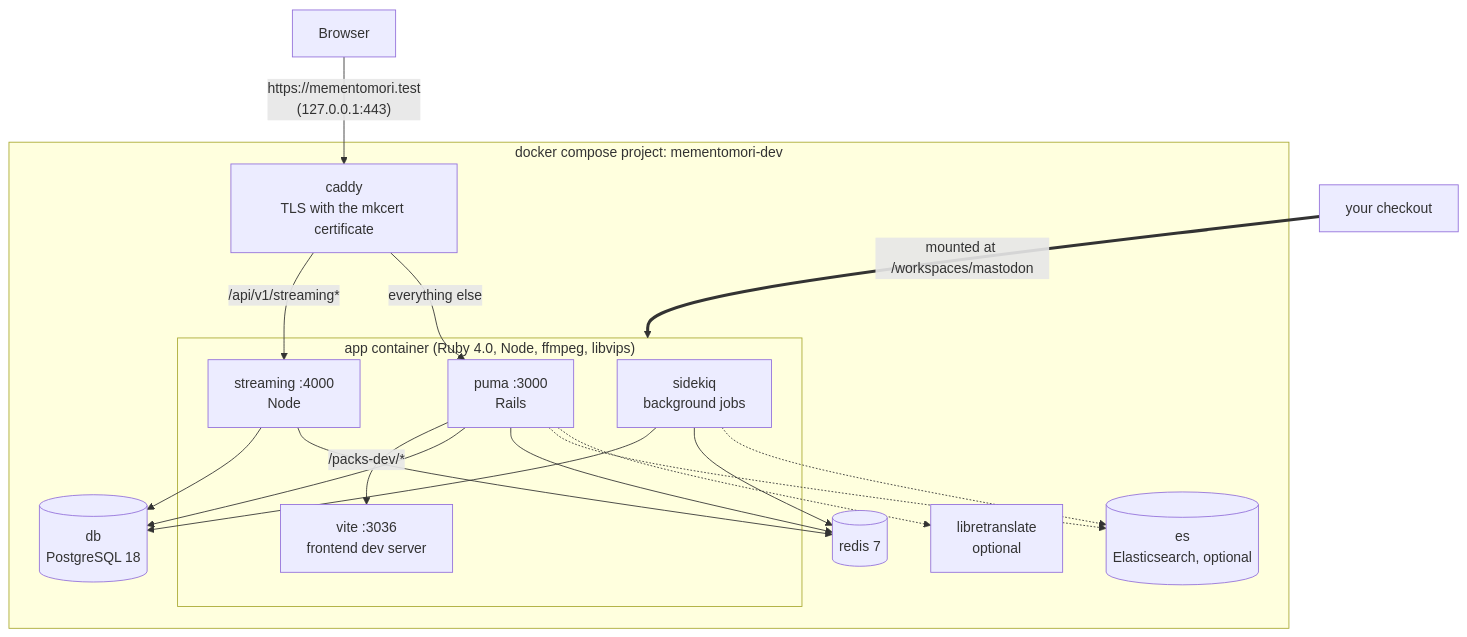
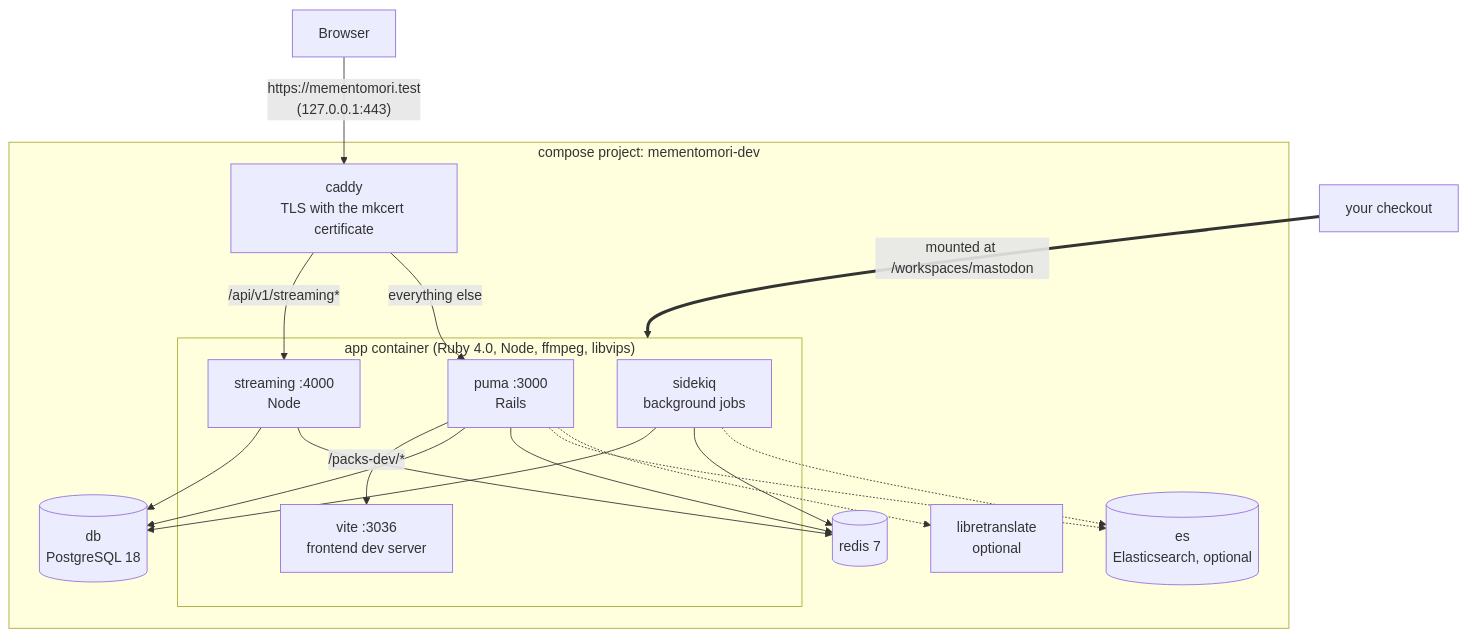
One commit to mementomori-social/mastodon changed the second of 4 diagrams in dev/README.md. Above: the diagram before and after it, drawn with Mermaid. The commit also changed other lines of this file and 4 other files, not shown here.

````diff
--- a/dev/README.md
+++ b/dev/README.md
@@ -34,29 +34,29 @@
 ```mermaid
 flowchart TB
   browser["Browser"] -- "https://mementomori.test<br/>(127.0.0.1:443)" --> caddy
 
-  subgraph docker["docker compose project: mementomori-dev"]
+  subgraph docker["compose project: mementomori-dev"]
     caddy["caddy<br/>TLS with the mkcert certificate"]
 
     subgraph app["app container (Ruby 4.0, Node, ffmpeg, libvips)"]
       web["puma :3000<br/>Rails"]
       stream["streaming :4000<br/>Node"]
       sidekiq["sidekiq<br/>background jobs"]
       vite["vite :3036<br/>frontend dev server"]
     end
 
     db[("db<br/>PostgreSQL 18")]
     redis[("redis 7")]
     es[("es<br/>Elasticsearch, optional")]
     lt["libretranslate<br/>optional"]
   end
 
   caddy -- "/api/v1/streaming*" --> stream
   caddy -- "everything else" --> web
   web -- "/packs-dev/*" --> vite
   web & sidekiq & stream --> db
   web & sidekiq & stream --> redis
   web & sidekiq -.-> es
   web -.-> lt
   checkout["your checkout"] == "mounted at /workspaces/mastodon" ==> app
 ```
````
